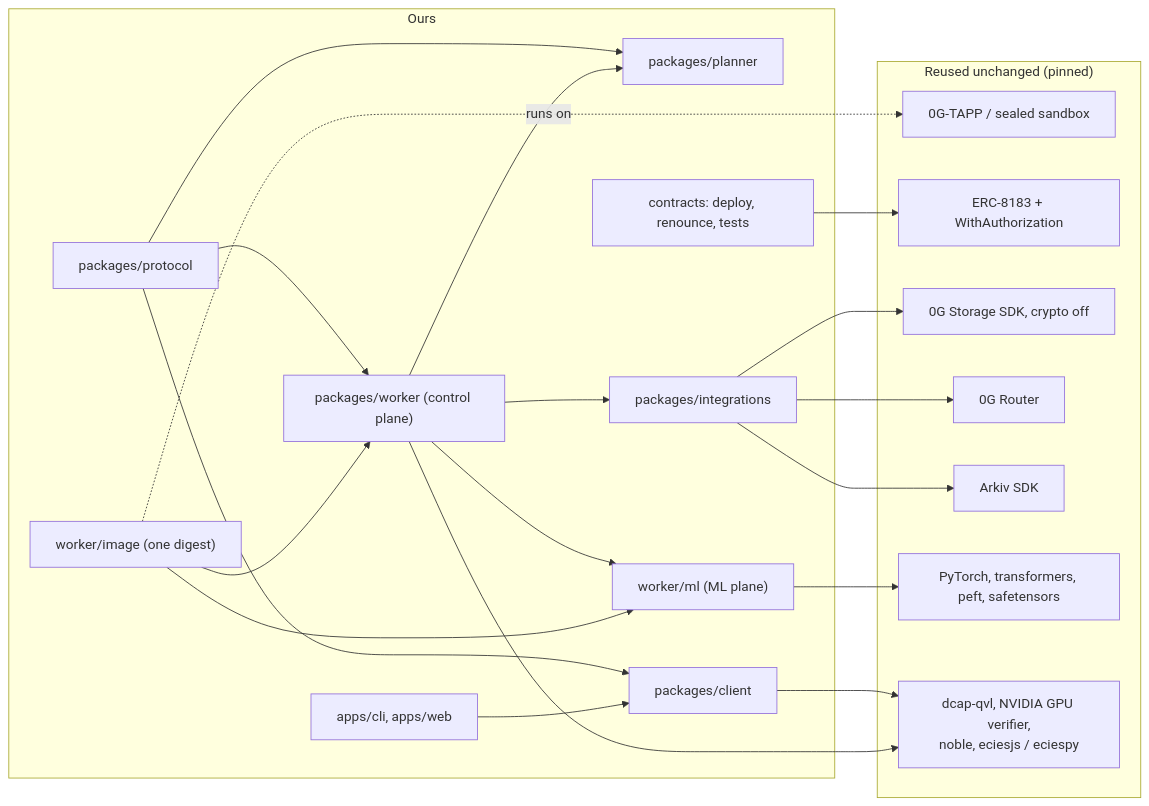
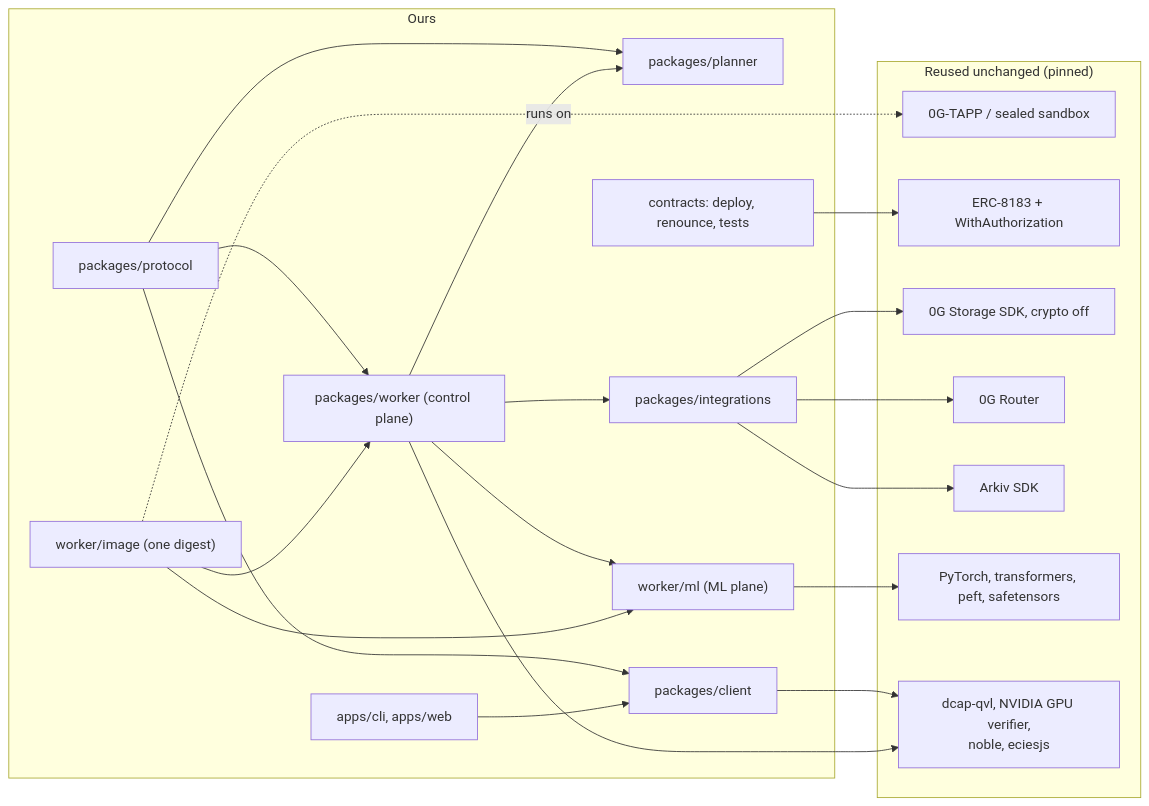
The third of 16 diagrams in docs/ARCHITECTURE.md (Soni-Shivam/Pivot_HTE), drawn with Mermaid before and after one commit. The commit also changed 29 other files, not shown here.

````diff
--- a/docs/ARCHITECTURE.md
+++ b/docs/ARCHITECTURE.md
@@ -81,33 +81,33 @@
 ```mermaid
 flowchart LR
     subgraph REUSED["Reused unchanged (pinned)"]
         R1["0G-TAPP / sealed sandbox"]
         R2["ERC-8183 + WithAuthorization"]
         R3["0G Storage SDK, crypto off"]
         R4["0G Router"]
         R5["Arkiv SDK"]
         R6["PyTorch, transformers, peft, safetensors"]
-        R7["dcap-qvl, NVIDIA GPU verifier,<br/>noble, eciesjs / eciespy"]
+        R7["dcap-qvl, NVIDIA GPU verifier,<br/>noble, eciesjs"]
     end
     subgraph OURS["Ours"]
         P["packages/protocol"]
         PL["packages/planner"]
         CL["packages/client"]
         W["packages/worker (control plane)"]
         M["worker/ml (ML plane)"]
         IM["worker/image (one digest)"]
         I["packages/integrations"]
         A["apps/cli, apps/web"]
         C["contracts: deploy, renounce, tests"]
     end
     P --> PL & CL & W
     W --> PL & I & M
     M --> R6
     CL --> R7
     W --> R7
     I --> R3 & R4 & R5
     C --> R2
     IM --> W & M
     IM -. "runs on" .-> R1
     A --> CL
 ```
````
